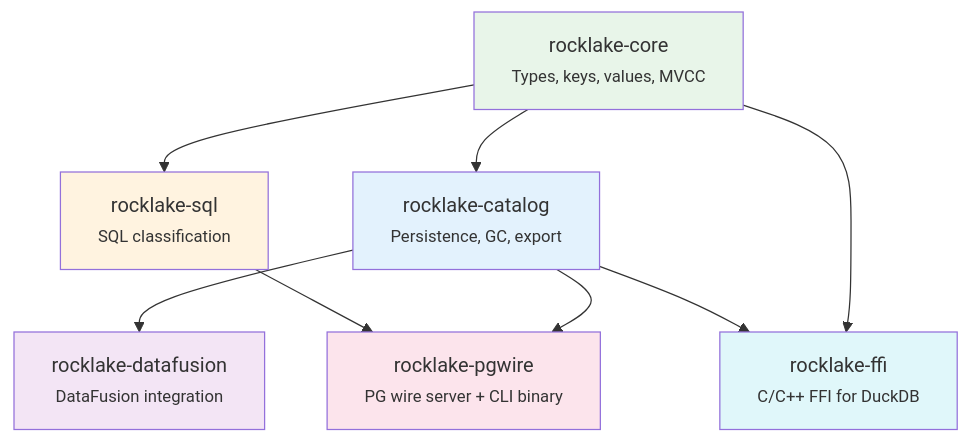
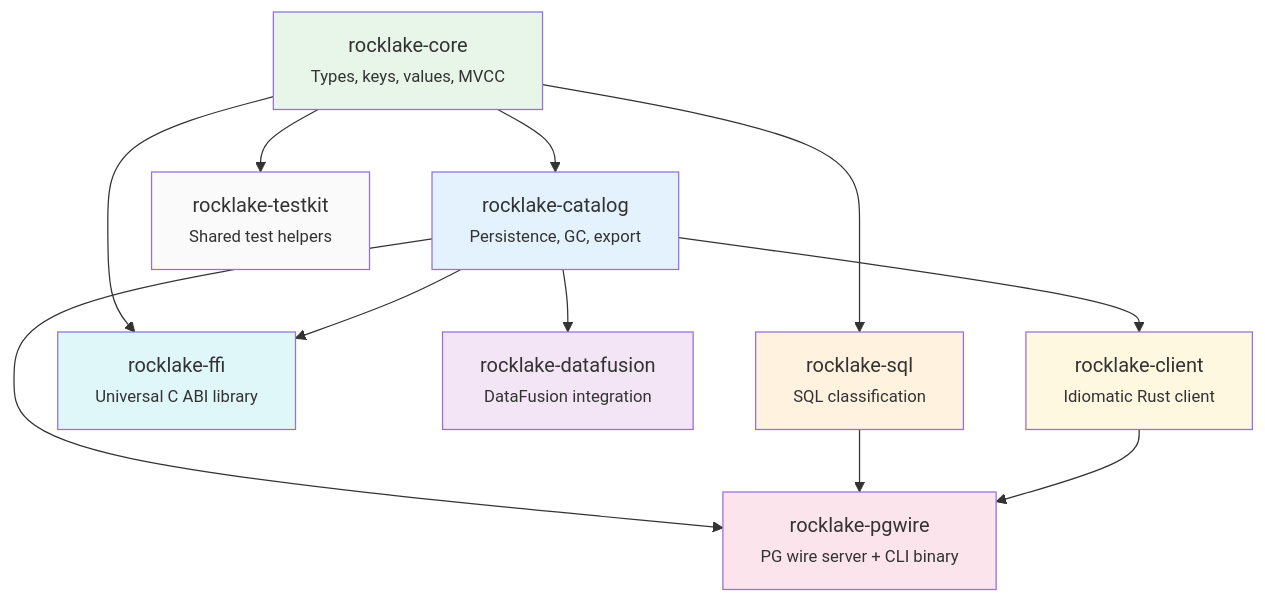
Before and after one commit to trickle-labs/rocklake: the diagram in docs/architecture/crate-structure.md, drawn with Mermaid. The commit also changed other lines of this file and 27 other files, not shown here.

````diff
--- a/docs/architecture/crate-structure.md
+++ b/docs/architecture/crate-structure.md
@@ -9,17 +9,22 @@
 ```mermaid
 graph TD
     CORE["rocklake-core<br/><small>Types, keys, values, MVCC</small>"] --> CAT["rocklake-catalog<br/><small>Persistence, GC, export</small>"]
     CORE --> SQL["rocklake-sql<br/><small>SQL classification</small>"]
-    CORE --> FFI["rocklake-ffi<br/><small>C/C++ FFI for DuckDB</small>"]
+    CORE --> FFI["rocklake-ffi<br/><small>Universal C ABI library</small>"]
+    CORE --> TK["rocklake-testkit<br/><small>Shared test helpers</small>"]
     CAT --> PG["rocklake-pgwire<br/><small>PG wire server + CLI binary</small>"]
     CAT --> DF["rocklake-datafusion<br/><small>DataFusion integration</small>"]
     CAT --> FFI
+    CAT --> CL["rocklake-client<br/><small>Idiomatic Rust client</small>"]
     SQL --> PG
+    CL --> PG
 
     style CORE fill:#e8f5e9
     style CAT fill:#e3f2fd
     style SQL fill:#fff3e0
     style PG fill:#fce4ec
     style DF fill:#f3e5f5
     style FFI fill:#e0f7fa
+    style CL fill:#fff8e1
+    style TK fill:#fafafa
 ```
````
